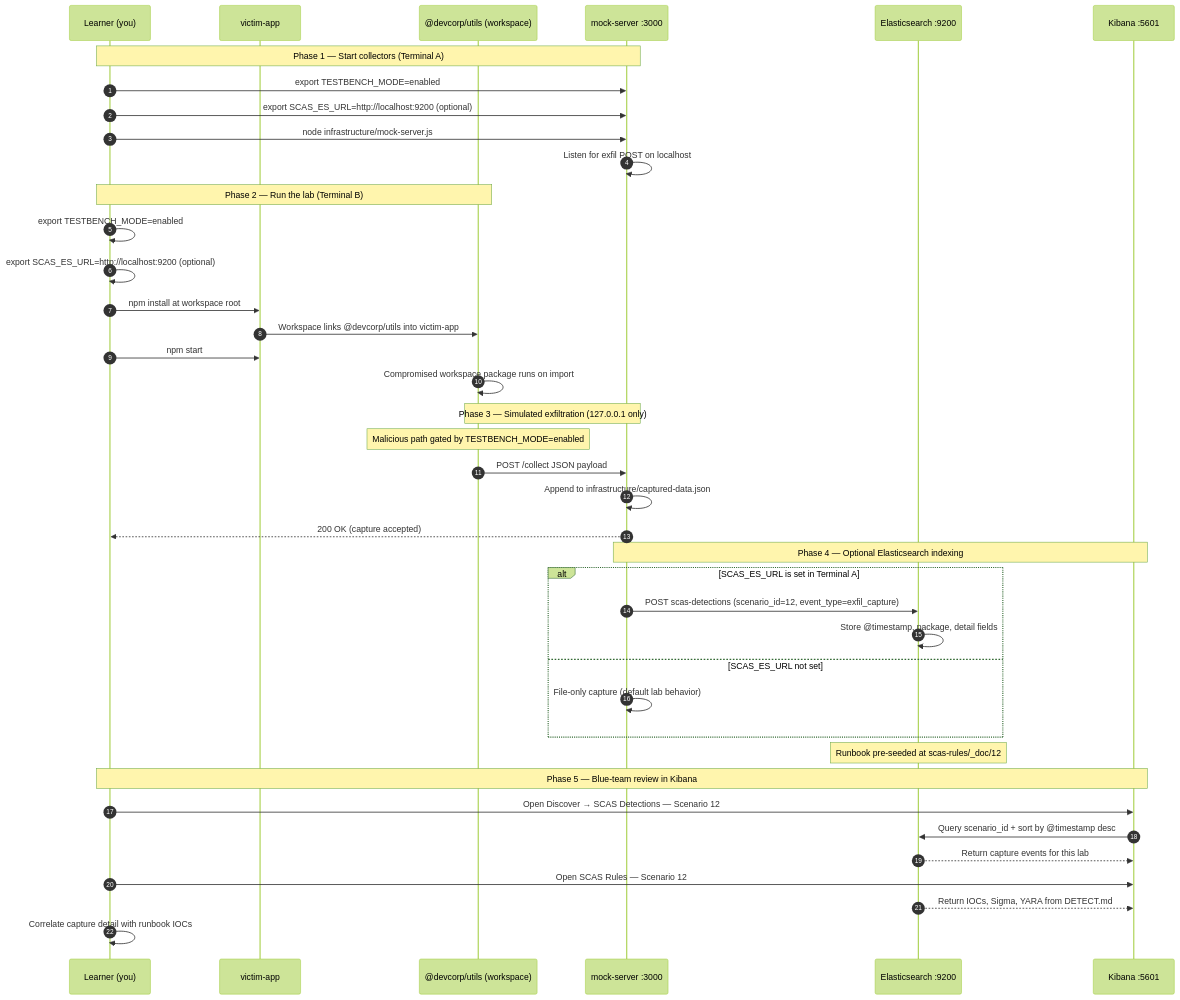
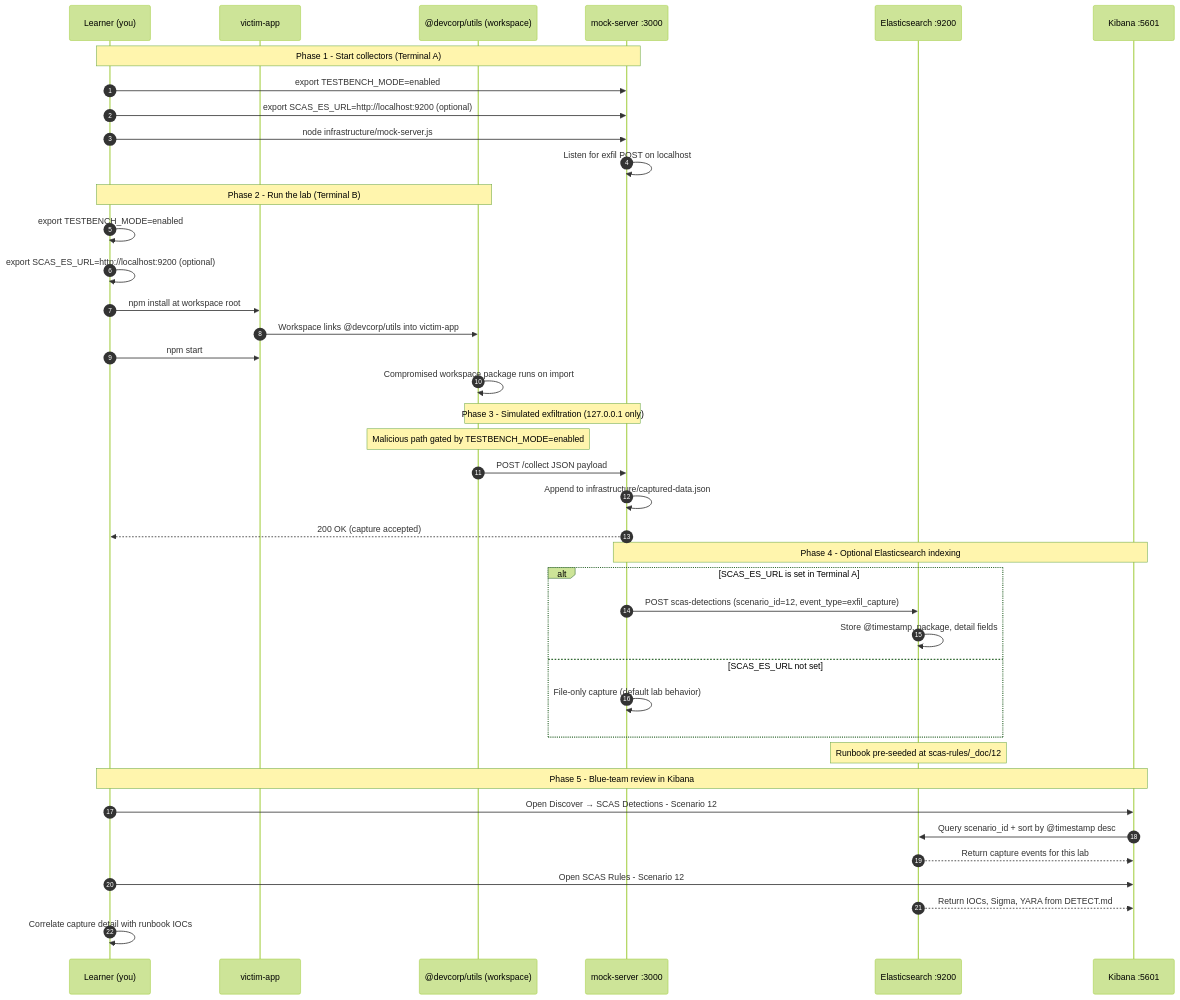
One commit to RAJANAGORI/testbench changed the diagram in documentation/scenario-guides/zero-to-hero/ZERO_TO_HERO_SCENARIO_12.md. Above: the diagram before and after it, drawn with Mermaid (forest theme). The commit also changed other lines of this file and 66 other files, not shown here.

````diff
--- a/documentation/scenario-guides/zero-to-hero/ZERO_TO_HERO_SCENARIO_12.md
+++ b/documentation/scenario-guides/zero-to-hero/ZERO_TO_HERO_SCENARIO_12.md
@@ -697,47 +697,47 @@
 ```mermaid
 sequenceDiagram
     autonumber
     participant Learner as Learner (you)
     participant Victim as victim-app
     participant MalPkg as @devcorp/utils (workspace)
     participant Mock as mock-server :3000
     participant ES as Elasticsearch :9200
     participant Kibana as Kibana :5601
 
-    Note over Learner,Mock: Phase 1 — Start collectors (Terminal A)
+    Note over Learner,Mock: Phase 1 - Start collectors (Terminal A)
     Learner->>Mock: export TESTBENCH_MODE=enabled
     Learner->>Mock: export SCAS_ES_URL=http://localhost:9200 (optional)
     Learner->>Mock: node infrastructure/mock-server.js
     Mock->>Mock: Listen for exfil POST on localhost
 
-    Note over Learner,MalPkg: Phase 2 — Run the lab (Terminal B)
+    Note over Learner,MalPkg: Phase 2 - Run the lab (Terminal B)
     Learner->>Learner: export TESTBENCH_MODE=enabled
     Learner->>Learner: export SCAS_ES_URL=http://localhost:9200 (optional)
     Learner->>Victim: npm install at workspace root
     Victim->>MalPkg: Workspace links @devcorp/utils into victim-app
     Learner->>Victim: npm start
     MalPkg->>MalPkg: Compromised workspace package runs on import
 
-    Note over MalPkg,Mock: Phase 3 — Simulated exfiltration (127.0.0.1 only)
+    Note over MalPkg,Mock: Phase 3 - Simulated exfiltration (127.0.0.1 only)
     Note over MalPkg: Malicious path gated by TESTBENCH_MODE=enabled
     MalPkg->>Mock: POST /collect JSON payload
     Mock->>Mock: Append to infrastructure/captured-data.json
     Mock-->>Learner: 200 OK (capture accepted)
 
-    Note over Mock,Kibana: Phase 4 — Optional Elasticsearch indexing
+    Note over Mock,Kibana: Phase 4 - Optional Elasticsearch indexing
     alt SCAS_ES_URL is set in Terminal A
     Mock->>ES: POST scas-detections (scenario_id=12, event_type=exfil_capture)
     ES->>ES: Store @timestamp, package, detail fields
     else SCAS_ES_URL not set
     Mock->>Mock: File-only capture (default lab behavior)
     end
 
     Note over ES: Runbook pre-seeded at scas-rules/_doc/12
-    Note over Learner,Kibana: Phase 5 — Blue-team review in Kibana
-    Learner->>Kibana: Open Discover → SCAS Detections — Scenario 12
+    Note over Learner,Kibana: Phase 5 - Blue-team review in Kibana
+    Learner->>Kibana: Open Discover → SCAS Detections - Scenario 12
     Kibana->>ES: Query scenario_id + sort by @timestamp desc
     ES-->>Kibana: Return capture events for this lab
-    Learner->>Kibana: Open SCAS Rules — Scenario 12
+    Learner->>Kibana: Open SCAS Rules - Scenario 12
     ES-->>Kibana: Return IOCs, Sigma, YARA from DETECT.md
     Learner->>Learner: Correlate capture detail with runbook IOCs
 ```
````
